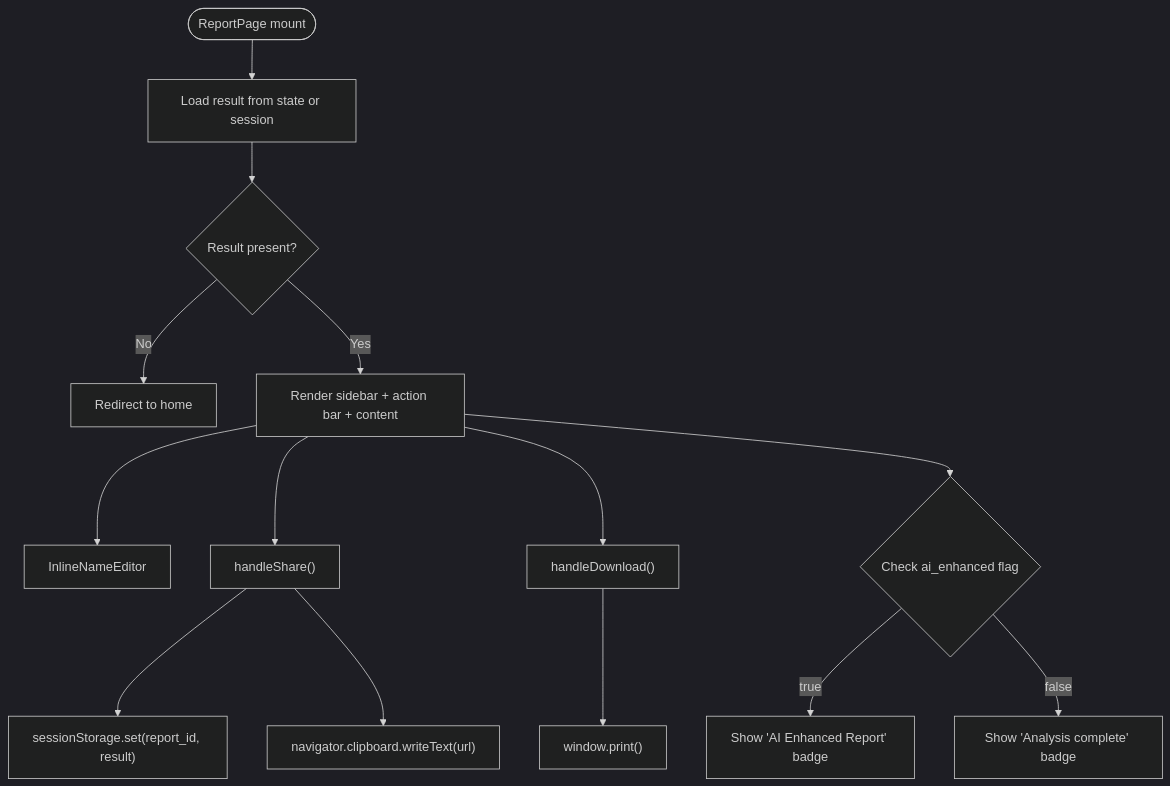
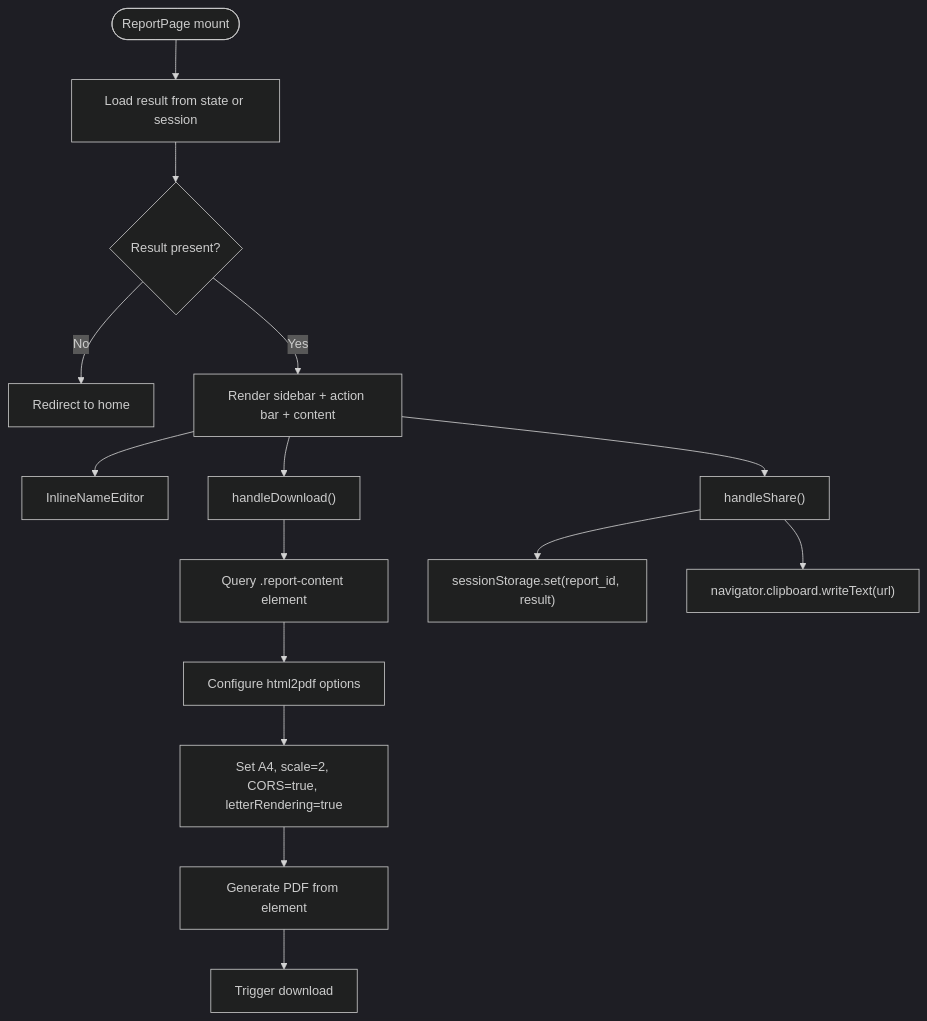
One commit to Revanththetalogics/aireume changed the third of 12 diagrams in .qoder/repowiki/en/content/Reporting & Analytics/Individual Reports.md. Above: the diagram before and after it, drawn with Mermaid (dark theme). The commit also changed other lines of this file and 21 other files, not shown here.

````diff
--- a/.qoder/repowiki/en/content/Reporting & Analytics/Individual Reports.md
+++ b/.qoder/repowiki/en/content/Reporting & Analytics/Individual Reports.md
@@ -204,16 +208,17 @@
 ```mermaid
 flowchart TD
 Start(["ReportPage mount"]) --> LoadResult["Load result from state or session"]
 LoadResult --> HasResult{"Result present?"}
 HasResult -- No --> Redirect["Redirect to home"]
 HasResult -- Yes --> Render["Render sidebar + action bar + content"]
 Render --> NameEditor["InlineNameEditor"]
 Render --> Share["handleShare()"]
 Render --> Download["handleDownload()"]
-Render --> CheckAIEnhanced{"Check ai_enhanced flag"}
-CheckAIEnhanced --> |true| AIEnhancedBadge["Show 'AI Enhanced Report' badge"]
-CheckAIEnhanced --> |false| AnalysisCompleteBadge["Show 'Analysis complete' badge"]
+Download --> GetElement["Query .report-content element"]
+GetElement --> ConfigPDF["Configure html2pdf options"]
+ConfigPDF --> SetOptions["Set A4, scale=2, CORS=true, letterRendering=true"]
+SetOptions --> GeneratePDF["Generate PDF from element"]
+GeneratePDF --> SavePDF["Trigger download"]
 Share --> SessionStore["sessionStorage.set(report_id, result)"]
 Share --> Copy["navigator.clipboard.writeText(url)"]
-Download --> Print["window.print()"]
 ```
````
